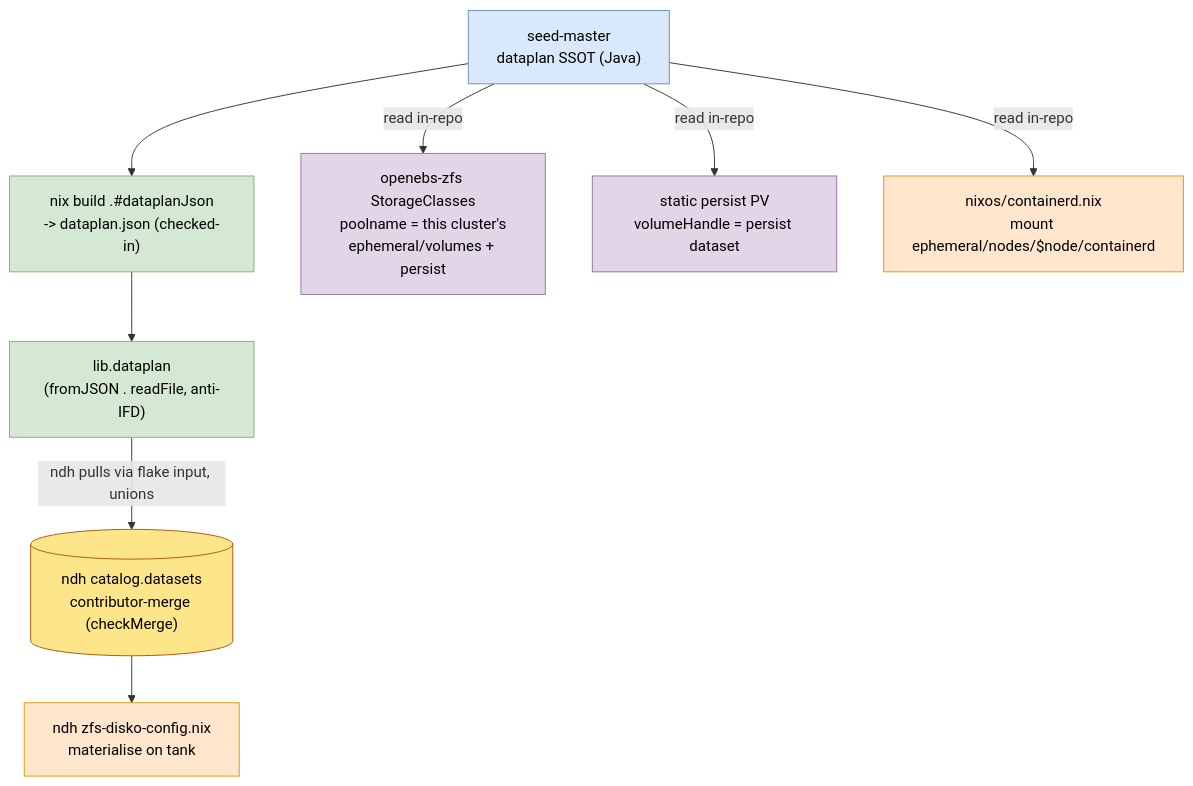
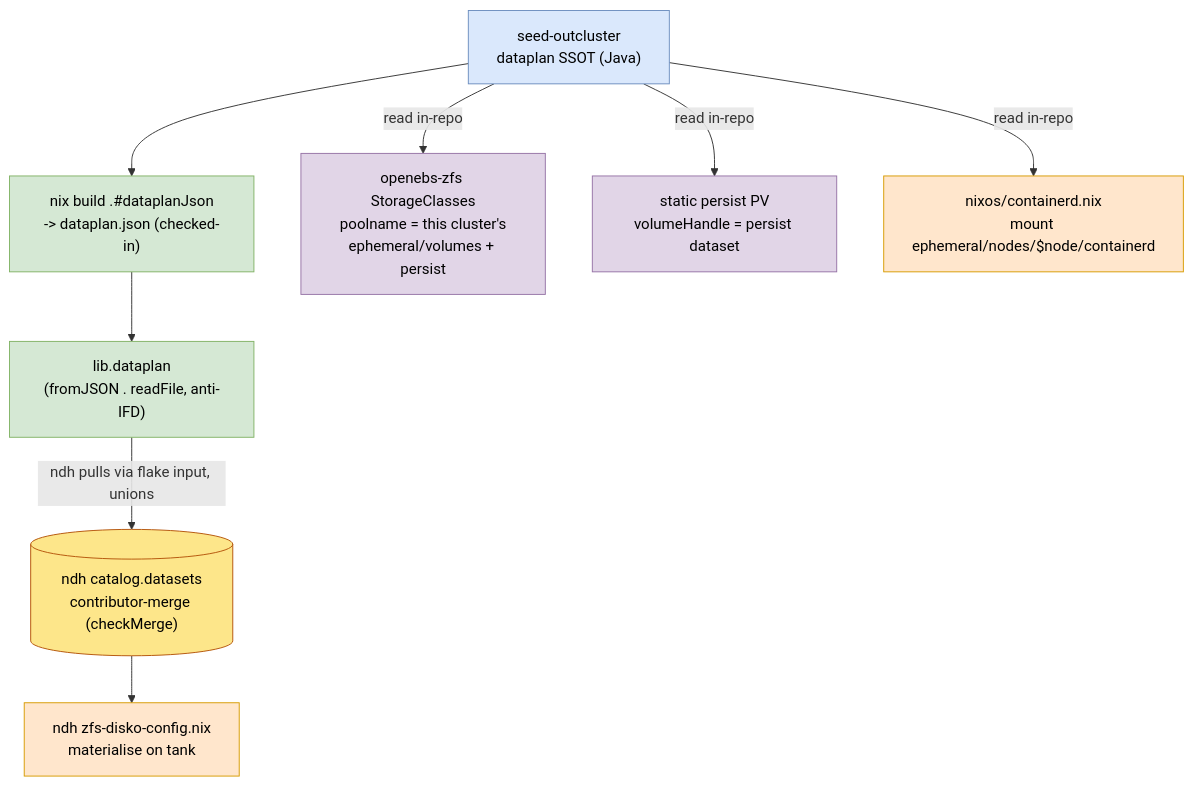
One commit to seedmatic/rke2lab changed the first of 3 diagrams in docs/architecture/patterns/dataplan-single-source.adoc. Above: the diagram before and after it, drawn with Mermaid. The commit also changed other lines of this file and 160 other files, not shown here.

First line of the commit message:
refactor(exec)!: `seed-master` → `seed-outcluster`, one axis for the whole chain

```diff
--- a/docs/architecture/patterns/dataplan-single-source.adoc
+++ b/docs/architecture/patterns/dataplan-single-source.adoc
@@ -79,24 +79,24 @@
 [mermaid]
 ....
 flowchart TB
-  SM["seed-master\ndataplan SSOT (Java)"]:::src
+  SM["seed-outcluster\ndataplan SSOT (Java)"]:::src
   DJ["nix build .#dataplanJson\n-> dataplan.json (checked-in)"]:::gen
   LIB["lib.dataplan\n(fromJSON . readFile, anti-IFD)"]:::gen
   CAT[("ndh catalog.datasets\ncontributor-merge (checkMerge)")]:::data
   DISKO["ndh zfs-disko-config.nix\nmaterialise on tank"]:::host
   SC["openebs-zfs StorageClasses\npoolname = this cluster's\nephemeral/volumes + persist"]:::k8s
   PV["static persist PV\nvolumeHandle = persist dataset"]:::k8s
   CTD["nixos/containerd.nix\nmount ephemeral/nodes/$node/containerd"]:::host
 
   SM --> DJ --> LIB
   LIB -->|"ndh pulls via flake input, unions"| CAT --> DISKO
   SM -->|"read in-repo"| SC
   SM -->|"read in-repo"| PV
   SM -->|"read in-repo"| CTD
 
   classDef src fill:#dae8fc,stroke:#6c8ebf,color:#000;
   classDef gen fill:#d5e8d4,stroke:#82b366,color:#000;
   classDef data fill:#fde68a,stroke:#b45309,color:#000;
   classDef host fill:#ffe6cc,stroke:#d79b00,color:#000;
   classDef k8s fill:#e1d5e7,stroke:#9673a6,color:#000;
 ....
```
